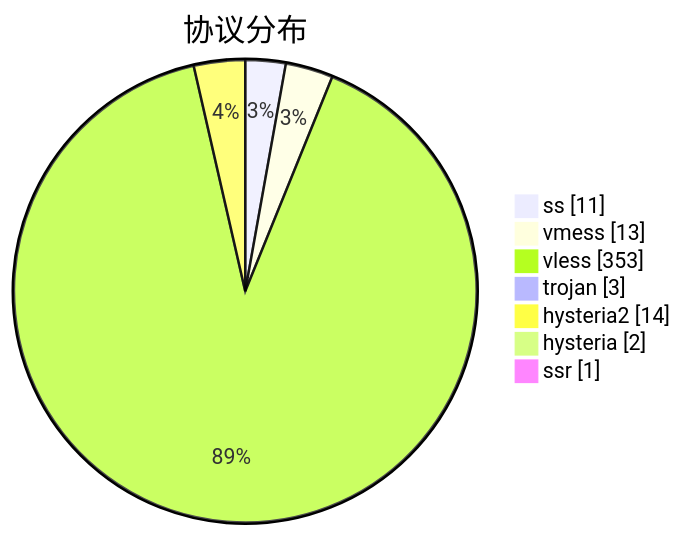
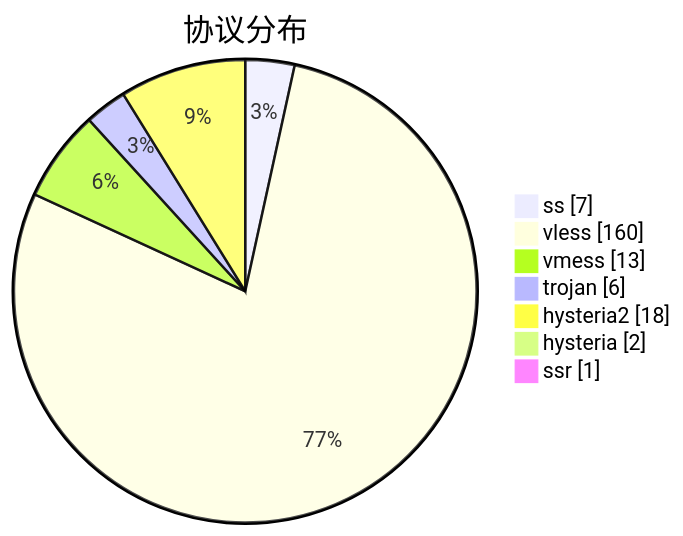
One commit to sinspired/airport changed the third of 3 diagrams in subs/statistics/tested_within.md. Above: the diagram before and after it, drawn with Mermaid. The commit also changed other lines of this file and 2 other files, not shown here.

````diff
--- a/subs/statistics/tested_within.md
+++ b/subs/statistics/tested_within.md
@@ -40,11 +34,11 @@
 ```mermaid
 pie showData
 title 协议分布
-"ss" : 11
+"ss" : 7
+"vless" : 160
 "vmess" : 13
-"vless" : 353
-"trojan" : 3
-"hysteria2" : 14
+"trojan" : 6
+"hysteria2" : 18
 "hysteria" : 2
 "ssr" : 1
 ```
````
